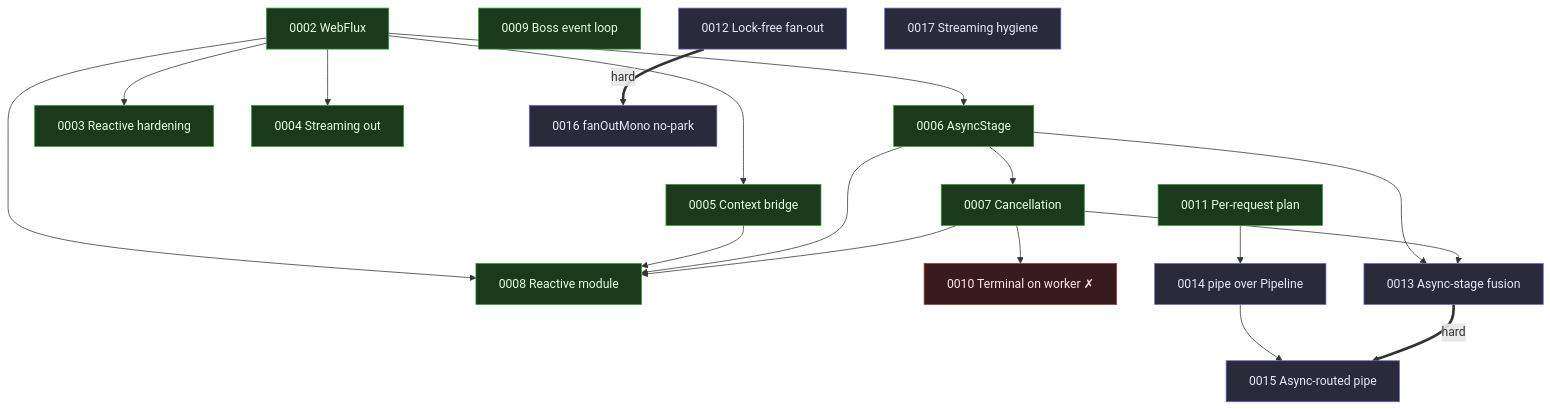
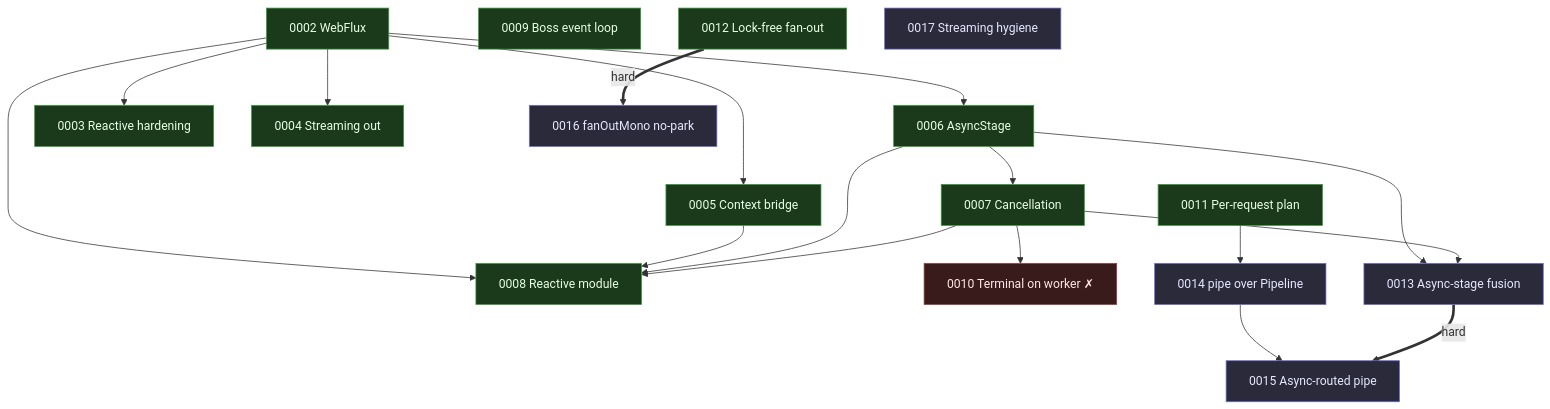
One commit to fabiangftech/nioflow changed the diagram in docs/rfc/0000-index.md. Above: the diagram before and after it, drawn with Mermaid. The commit also changed other lines of this file and 22 other files, not shown here.

First line of the commit message:
feat(core): implement RFC 0012 lock-free fan-out and fanOutAsync

````diff
--- a/docs/rfc/0000-index.md
+++ b/docs/rfc/0000-index.md
@@ -37,40 +37,40 @@
 ```mermaid
 flowchart TD
     classDef done fill:#1b3a1b,stroke:#3c9a3c,color:#e8ffe8
     classDef prop fill:#2a2a3a,stroke:#6a6ad0,color:#e8e8ff
     classDef rej fill:#3a1b1b,stroke:#9a3c3c,color:#ffe8e8
     classDef hard stroke-width:3px
 
     %% ── implemented (0001–0008) ──
     R0002["0002 WebFlux"]:::done
     R0006["0006 AsyncStage"]:::done
     R0007["0007 Cancellation"]:::done
     R0002 --> R0006 --> R0007
     R0002 --> R0003["0003 Reactive hardening"]:::done
     R0002 --> R0004["0004 Streaming out"]:::done
     R0002 --> R0005["0005 Context bridge"]:::done
     R0002 --> R0008["0008 Reactive module"]:::done
     R0005 --> R0008
     R0006 --> R0008
     R0007 --> R0008
 
     %% ── proposed core (0009–0013) ──
     R0009["0009 Boss event loop"]:::done
     R0010["0010 Terminal on worker ✗"]:::rej
     R0011["0011 Per-request plan"]:::done
-    R0012["0012 Lock-free fan-out"]:::prop
+    R0012["0012 Lock-free fan-out"]:::done
     R0013["0013 Async-stage fusion"]:::prop
     R0007 --> R0010
     R0006 --> R0013
     R0007 --> R0013
 
     %% ── proposed reactive (0014–0017) ──
     R0014["0014 pipe over Pipeline"]:::prop
     R0015["0015 Async-routed pipe"]:::prop
     R0016["0016 fanOutMono no-park"]:::prop
     R0017["0017 Streaming hygiene"]:::prop
     R0011 --> R0014
     R0014 --> R0015
     R0013 == hard ==> R0015
     R0012 == hard ==> R0016
 ```
````
